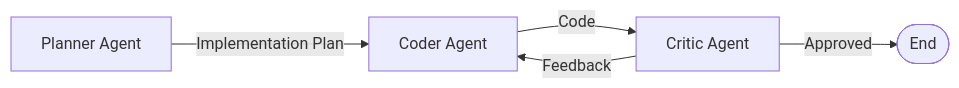
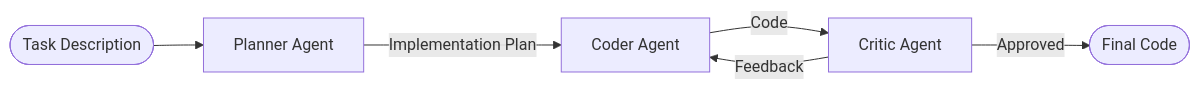
Before and after one commit to LuigiGonnella/LLM-for-SE: the third of 3 diagrams in README.md, drawn with Mermaid.

Commit message:
Refine readme graph

````diff
--- a/README.md
+++ b/README.md
@@ -50,7 +50,8 @@
 ```mermaid
 flowchart LR
+    Start([Task Description]) --> Planner
     Planner[Planner Agent] -->|Implementation Plan| Coder[Coder Agent]
     Coder -->|Code| Critic[Critic Agent]
     Critic -->|Feedback| Coder
-    Critic -->|Approved| End([End])
+    Critic -->|Approved| End([Final Code])
 ```
````
